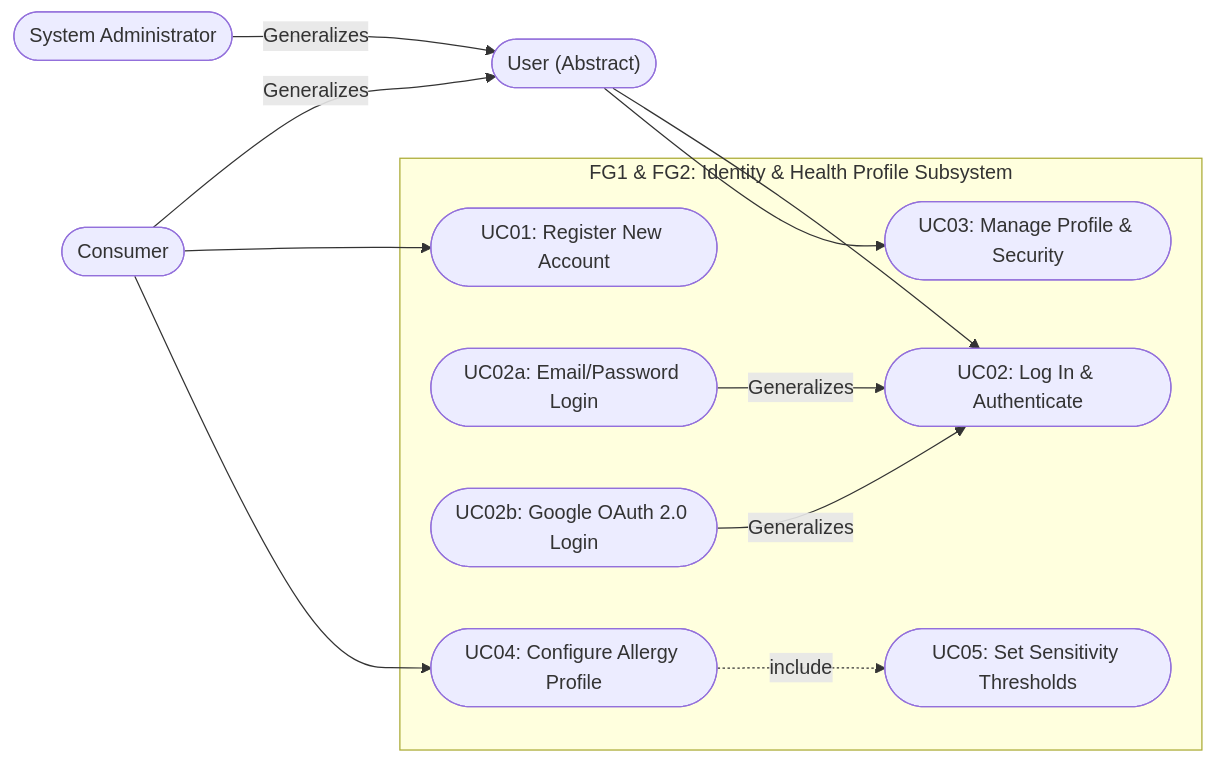
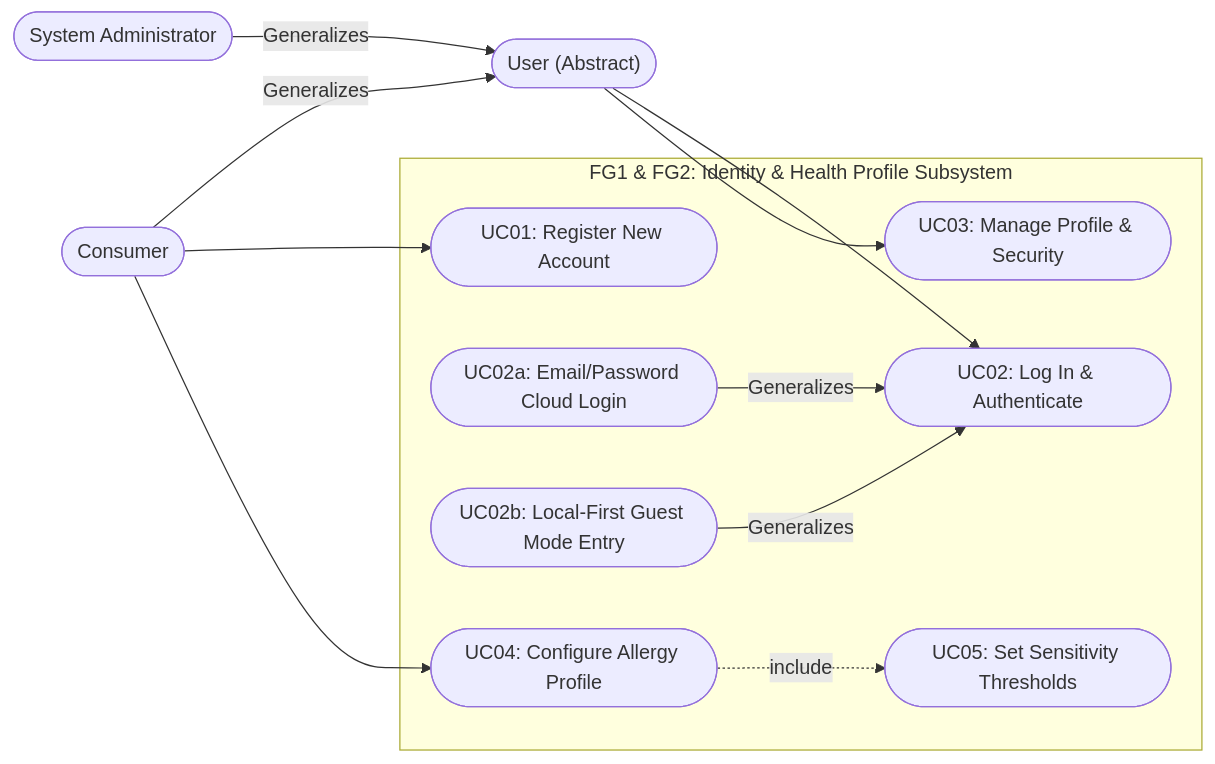
One commit to cornne/NutriViet_CNPM changed the second of 5 diagrams in docs/requirements/use-cases.md. Above: the diagram before and after it, drawn with Mermaid. The commit also changed other lines of this file and 195 other files, not shown here.

Commit message:
docs(pa4): finalize PA4-2026 architecture, specs, weekly reports, and submission package

````diff
--- a/docs/requirements/use-cases.md
+++ b/docs/requirements/use-cases.md
@@ -146,31 +146,31 @@
 ```mermaid
 flowchart LR
     User(["User (Abstract)"])
     Consumer(["Consumer"])
     Admin(["System Administrator"])
 
     Consumer -->|Generalizes| User
     Admin -->|Generalizes| User
 
     subgraph Identity_Profile ["FG1 & FG2: Identity & Health Profile Subsystem"]
         UC01(["UC01: Register New Account"])
         UC02(["UC02: Log In & Authenticate"])
-        UC02a(["UC02a: Email/Password Login"])
-        UC02b(["UC02b: Google OAuth 2.0 Login"])
+        UC02a(["UC02a: Email/Password Cloud Login"])
+        UC02b(["UC02b: Local-First Guest Mode Entry"])
         UC03(["UC03: Manage Profile & Security"])
         UC04(["UC04: Configure Allergy Profile"])
         UC05(["UC05: Set Sensitivity Thresholds"])
     end
 
     User --> UC02
     User --> UC03
     Consumer --> UC01
     Consumer --> UC04
 
     %% Include Relationship
     UC04 -.->|include| UC05
 
     %% Use Case Generalizations
     UC02a -->|Generalizes| UC02
     UC02b -->|Generalizes| UC02
 ```
````
